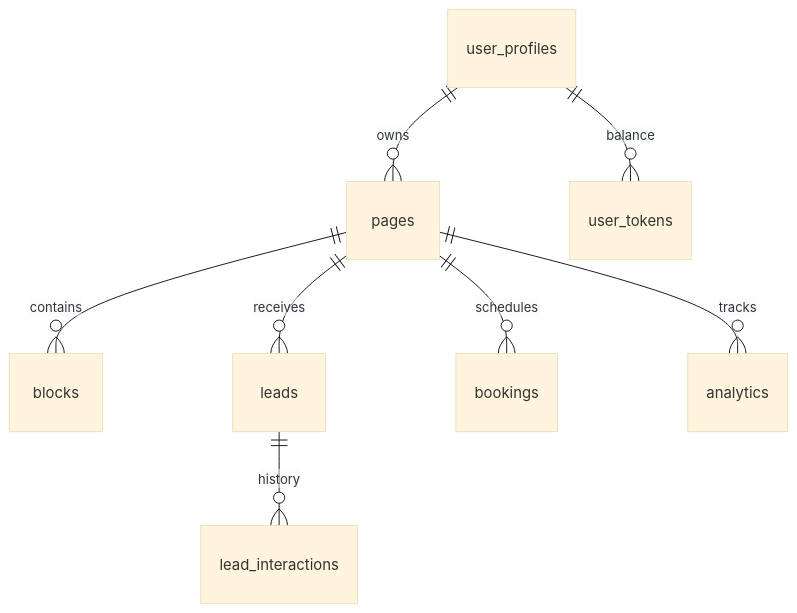
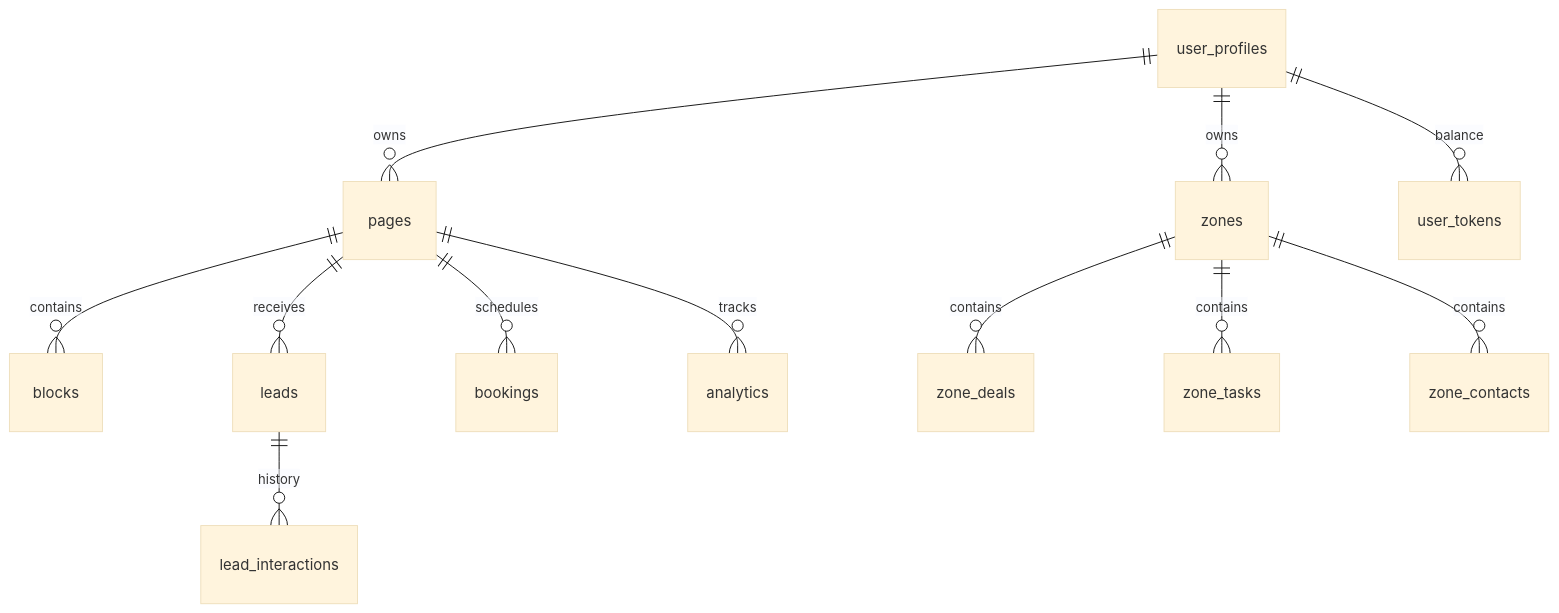
One commit to ElazAzel/linkmax-6b20d835 changed the diagram in docs/COMPREHENSIVE_PLATFORM_GUIDE.md. Above: the diagram before and after it, drawn with Mermaid (base theme). The commit also changed other lines of this file and 12 other files, not shown here.

````diff
--- a/docs/COMPREHENSIVE_PLATFORM_GUIDE.md
+++ b/docs/COMPREHENSIVE_PLATFORM_GUIDE.md
@@ -75,10 +80,14 @@
 ```mermaid
 erDiagram
     user_profiles ||--o{ pages : owns
     pages ||--o{ blocks : contains
     pages ||--o{ leads : receives
     pages ||--o{ bookings : schedules
     pages ||--o{ analytics : tracks
+    user_profiles ||--o{ zones : owns
+    zones ||--o{ zone_deals : contains
+    zones ||--o{ zone_tasks : contains
+    zones ||--o{ zone_contacts : contains
     user_profiles ||--o{ user_tokens : balance
     leads ||--o{ lead_interactions : history
 ```
````
